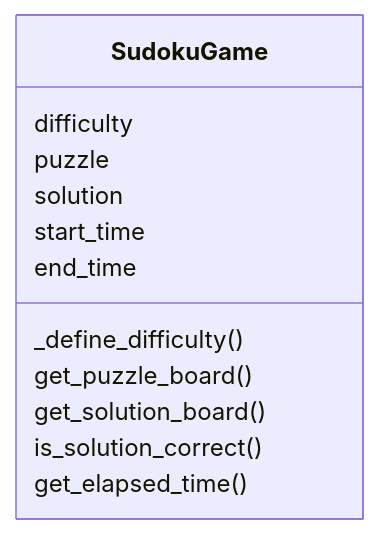
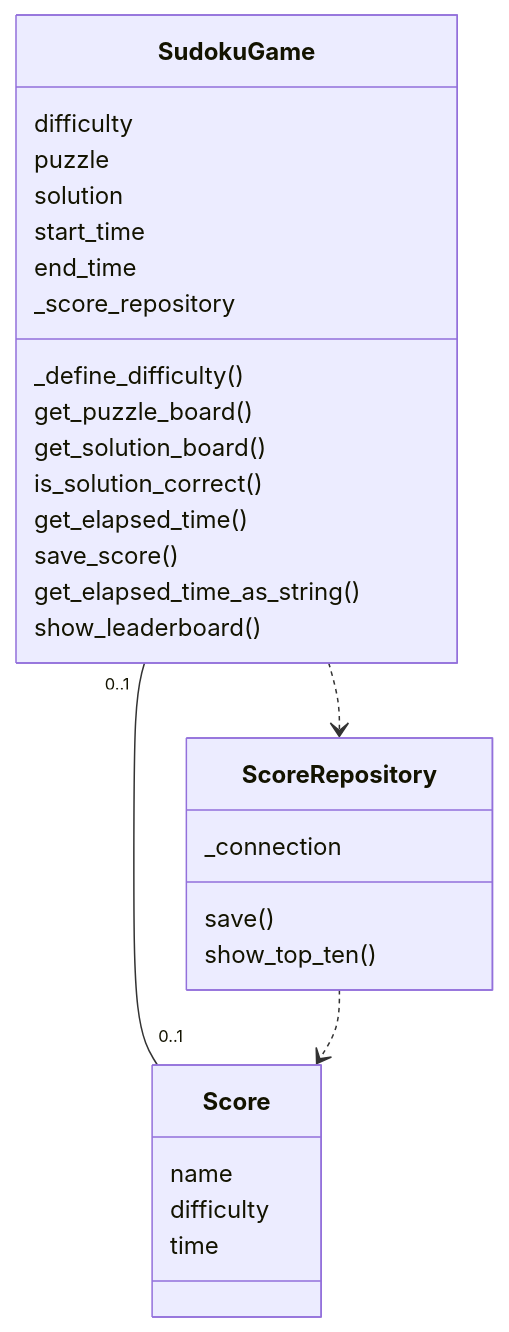
The first of 3 diagrams in dokumentaatio/arkkitehtuuri.md (uyenmh/ot-harjoitustyo), drawn with Mermaid before and after one commit. The commit also changed other lines of this file and 1 other file, not shown here.

````diff
--- a/dokumentaatio/arkkitehtuuri.md
+++ b/dokumentaatio/arkkitehtuuri.md
@@ -5,15 +9,32 @@
 ```mermaid
  classDiagram
     class SudokuGame {
         difficulty
         puzzle
         solution
         start_time
         end_time
+        _score_repository
         _define_difficulty()
         get_puzzle_board()
         get_solution_board()
         is_solution_correct()
         get_elapsed_time()
+        save_score()
+        get_elapsed_time_as_string()
+        show_leaderboard()
     }
+    class Score {
+        name
+        difficulty
+        time
+    }
+    class ScoreRepository {
+        _connection
+        save()
+        show_top_ten()
+    }
+    SudokuGame "0..1" -- "0..1" Score
+    SudokuGame ..> ScoreRepository
+    ScoreRepository ..> Score
 ```
````
